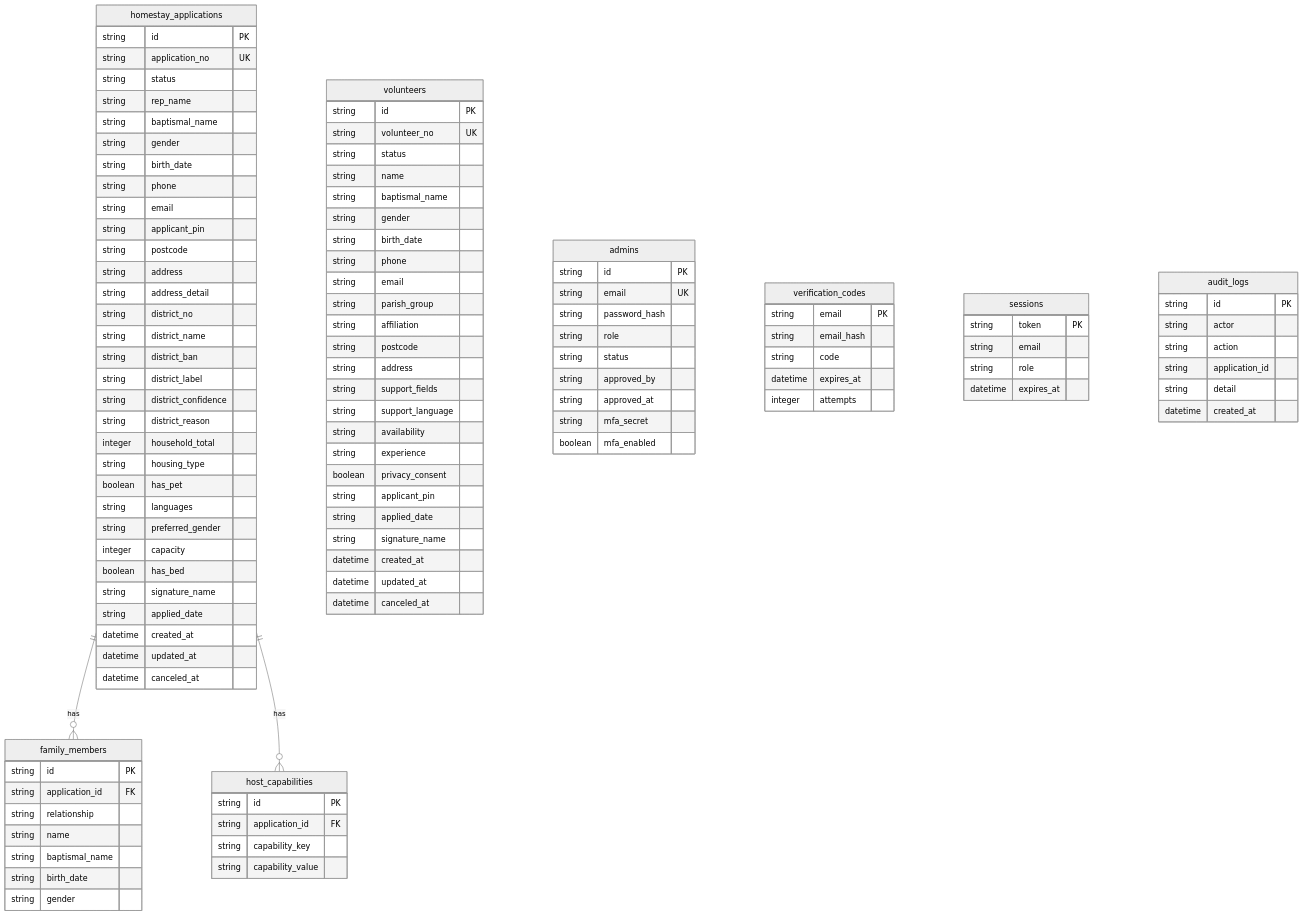
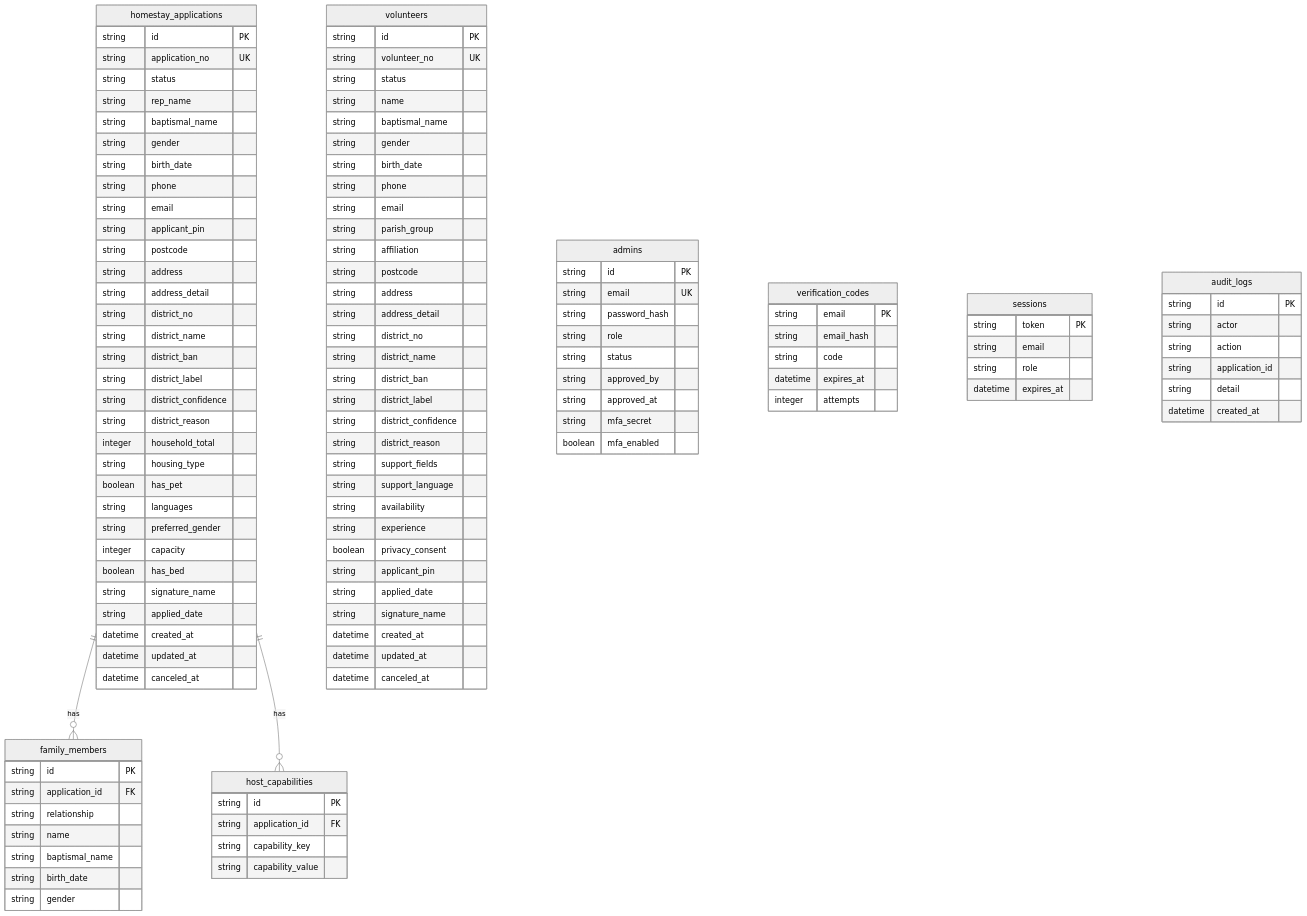
One commit to brotheroak/2027-wyd-kr-segok-management-system changed the diagram in docs/DATABASE.md. Above: the diagram before and after it, drawn with Mermaid (neutral theme). The commit also changed other lines of this file and 10 other files, not shown here.

```diff
--- a/docs/DATABASE.md
+++ b/docs/DATABASE.md
@@ -171,6 +171,13 @@
         string affiliation
         string postcode
         string address
+        string address_detail
+        string district_no
+        string district_name
+        string district_ban
+        string district_label
+        string district_confidence
+        string district_reason
         string support_fields
         string support_language
         string availability
```
